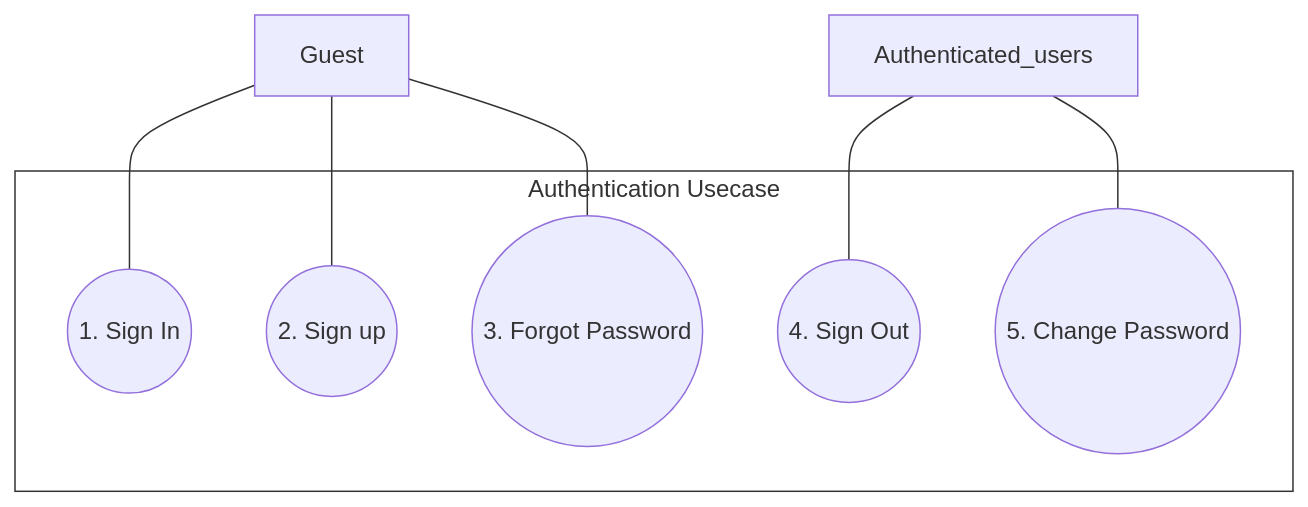
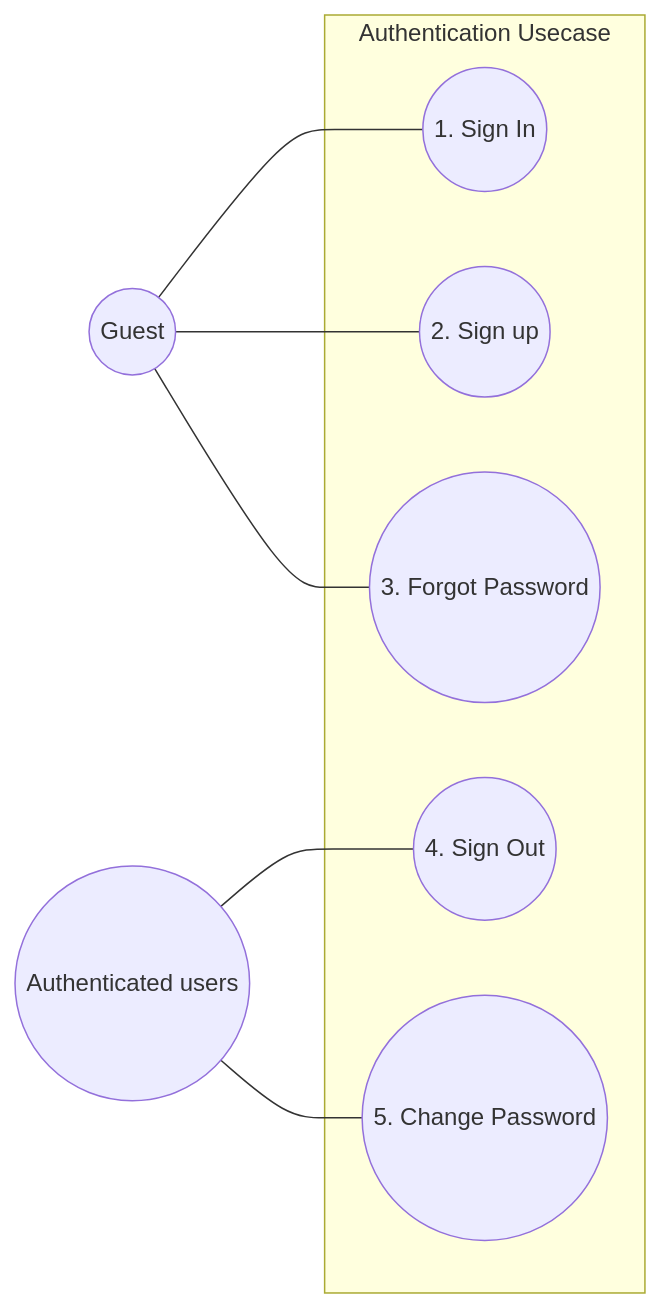
One commit to FintechVSF-Tranning/PaySplit-RP changed the fifth of 5 diagrams in Report1_Product_Requirement_Document.md. Above: the diagram before and after it, drawn with Mermaid. The commit also changed other lines of this file and 2 other files, not shown here.

````diff
--- a/Report1_Product_Requirement_Document.md
+++ b/Report1_Product_Requirement_Document.md
@@ -746,19 +552,17 @@
 ```mermaid
-graph TD
+graph LR
     subgraph Authentication_Usecase ["Authentication Usecase"]
-        UC19((1. Sign In))
-        UC20((2. Sign up))
-        UC21((3. Forgot Password))
-        UC22((4. Sign Out))
-        UC23((5. Change Password))
+        UC1((1. Sign In))
+        UC2((2. Sign up))
+        UC3((3. Forgot Password))
+        UC4((4. Sign Out))
+        UC5((5. Change Password))
     end
 
-    Guest --- UC19
-    Guest --- UC20
-    Guest --- UC21
+    Guest((Guest)) --- UC1
+    Guest --- UC2
+    Guest --- UC3
 
-    Authenticated_users --- UC22
-    Authenticated_users --- UC23
-
-    style Authentication_Usecase fill:none,stroke:#333,stroke-width:1px
+    Authenticated_users((Authenticated users)) --- UC4
+    Authenticated_users --- UC5
 ```
````
